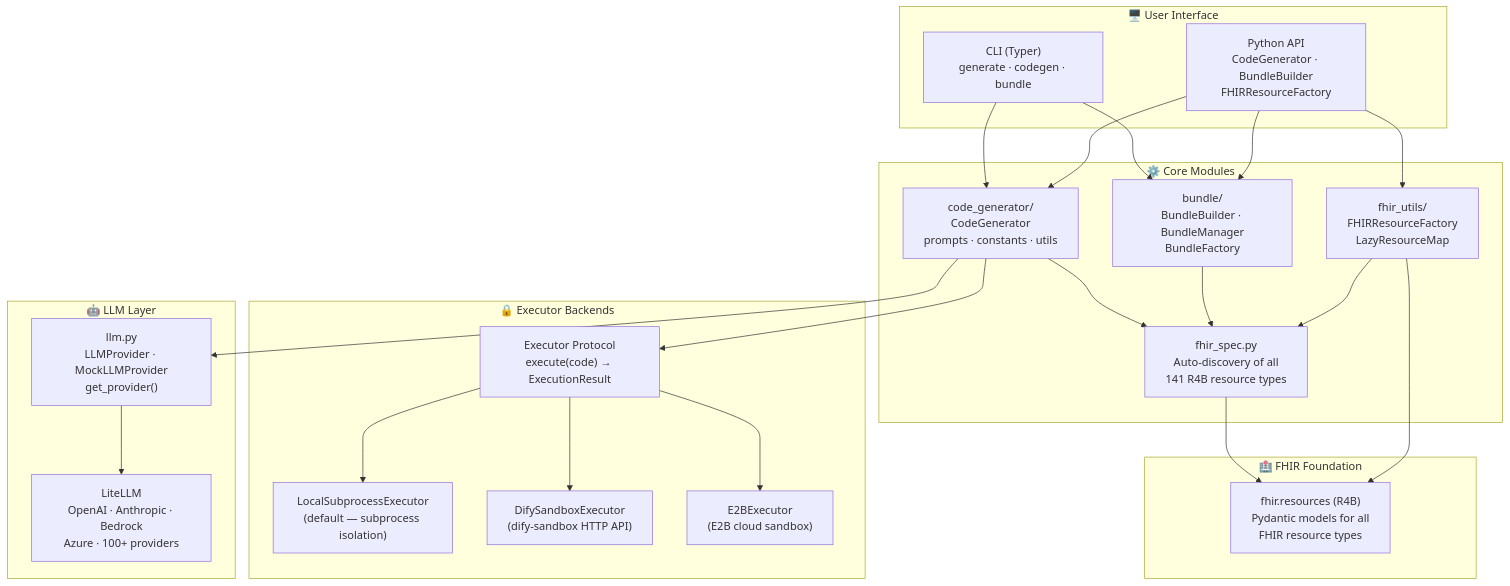
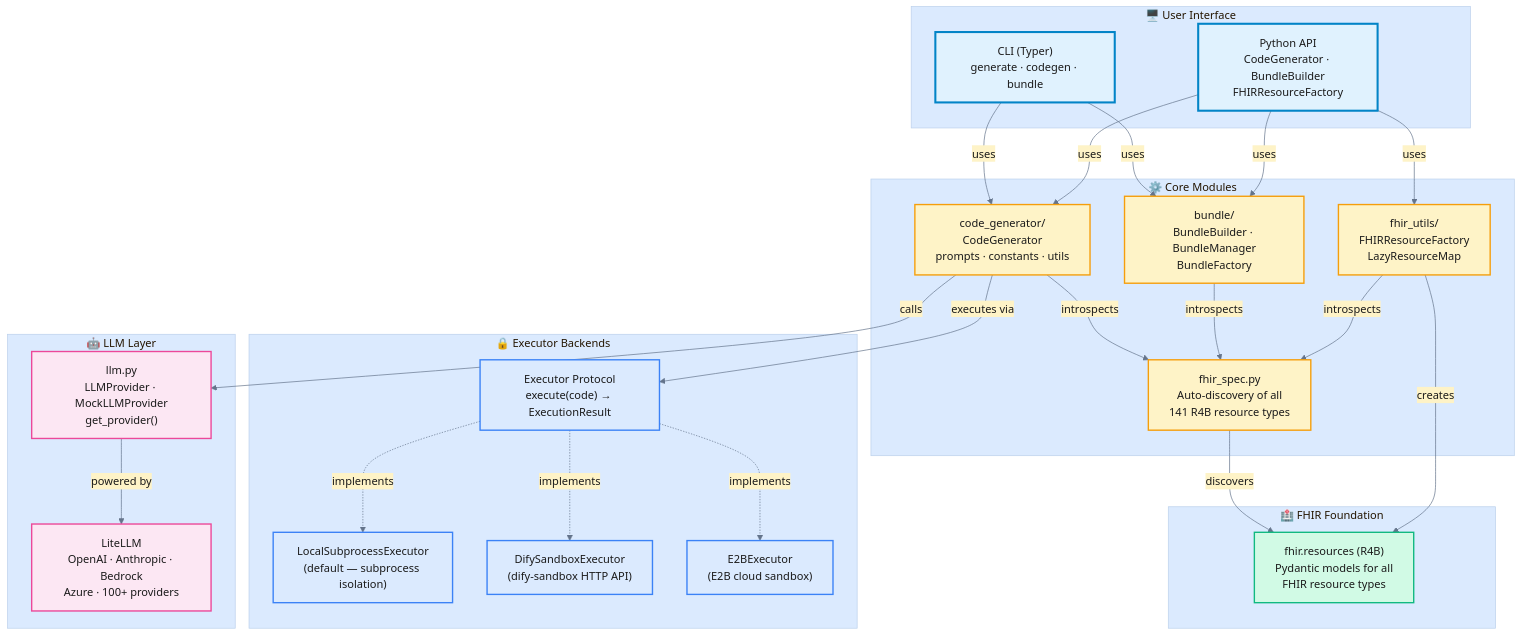
The first of 3 diagrams in docs/architecture.md (alvinhenrick/fhir-synth), drawn with Mermaid before and after one commit.

Commit message:
feat: enhance architecture diagram with improved formatting and connections

````diff
--- a/docs/architecture.md
+++ b/docs/architecture.md
@@ -5,49 +5,62 @@
 ```mermaid
+%%{init: {'theme':'base', 'themeVariables': { 'primaryColor':'#E8F4F8','primaryTextColor':'#1a1a1a','primaryBorderColor':'#0284c7','lineColor':'#64748b','secondaryColor':'#FEF3C7','tertiaryColor':'#DBEAFE','noteBkgColor':'#FEF9C3','noteTextColor':'#1a1a1a'}}}%%
 graph TB
     subgraph UI["🖥️ User Interface"]
-        CLI["CLI (Typer)\ngenerate · codegen · bundle"]
-        API["Python API\nCodeGenerator · BundleBuilder\nFHIRResourceFactory"]
+        CLI["CLI (Typer)<br/>generate · codegen · bundle"]
+        API["Python API<br/>CodeGenerator · BundleBuilder<br/>FHIRResourceFactory"]
     end
 
     subgraph CORE["⚙️ Core Modules"]
-        CG["code_generator/\nCodeGenerator\nprompts · constants · utils"]
-        BB["bundle/\nBundleBuilder · BundleManager\nBundleFactory"]
-        FU["fhir_utils/\nFHIRResourceFactory\nLazyResourceMap"]
-        FS["fhir_spec.py\nAuto-discovery of all\n141 R4B resource types"]
+        CG["code_generator/<br/>CodeGenerator<br/>prompts · constants · utils"]
+        BB["bundle/<br/>BundleBuilder · BundleManager<br/>BundleFactory"]
+        FU["fhir_utils/<br/>FHIRResourceFactory<br/>LazyResourceMap"]
+        FS["fhir_spec.py<br/>Auto-discovery of all<br/>141 R4B resource types"]
     end
 
     subgraph EXEC["🔒 Executor Backends"]
-        EX_IF["Executor Protocol\nexecute(code) → ExecutionResult"]
-        LOCAL["LocalSubprocessExecutor\n(default — subprocess isolation)"]
-        DIFY["DifySandboxExecutor\n(dify-sandbox HTTP API)"]
-        E2B["E2BExecutor\n(E2B cloud sandbox)"]
+        EX_IF["Executor Protocol<br/>execute(code) → ExecutionResult"]
+        LOCAL["LocalSubprocessExecutor<br/>(default — subprocess isolation)"]
+        DIFY["DifySandboxExecutor<br/>(dify-sandbox HTTP API)"]
+        E2B["E2BExecutor<br/>(E2B cloud sandbox)"]
     end
 
     subgraph LLM_LAYER["🤖 LLM Layer"]
-        LLM["llm.py\nLLMProvider · MockLLMProvider\nget_provider()"]
-        LITELLM["LiteLLM\nOpenAI · Anthropic · Bedrock\nAzure · 100+ providers"]
+        LLM["llm.py<br/>LLMProvider · MockLLMProvider<br/>get_provider()"]
+        LITELLM["LiteLLM<br/>OpenAI · Anthropic · Bedrock<br/>Azure · 100+ providers"]
     end
 
     subgraph FHIR["🏥 FHIR Foundation"]
-        FR["fhir.resources (R4B)\nPydantic models for all\nFHIR resource types"]
+        FR["fhir.resources (R4B)<br/>Pydantic models for all<br/>FHIR resource types"]
     end
 
-    CLI --> CG
-    CLI --> BB
-    API --> CG
-    API --> BB
-    API --> FU
+    CLI -->|uses| CG
+    CLI -->|uses| BB
+    API -->|uses| CG
+    API -->|uses| BB
+    API -->|uses| FU
 
-    CG --> EX_IF
-    EX_IF --> LOCAL
-    EX_IF --> DIFY
-    EX_IF --> E2B
+    CG -->|executes via| EX_IF
+    EX_IF -.->|implements| LOCAL
+    EX_IF -.->|implements| DIFY
+    EX_IF -.->|implements| E2B
 
-    CG --> LLM
-    CG --> FS
-    BB --> FS
-    FU --> FS
-    LLM --> LITELLM
-    FS --> FR
-    FU --> FR
+    CG -->|calls| LLM
+    CG -->|introspects| FS
+    BB -->|introspects| FS
+    FU -->|introspects| FS
+    LLM -->|powered by| LITELLM
+    FS -->|discovers| FR
+    FU -->|creates| FR
+
+    classDef uiStyle fill:#E0F2FE,stroke:#0284c7,stroke-width:3px,color:#1a1a1a
+    classDef coreStyle fill:#FEF3C7,stroke:#f59e0b,stroke-width:2px,color:#1a1a1a
+    classDef execStyle fill:#DBEAFE,stroke:#3b82f6,stroke-width:2px,color:#1a1a1a
+    classDef llmStyle fill:#FCE7F3,stroke:#ec4899,stroke-width:2px,color:#1a1a1a
+    classDef fhirStyle fill:#D1FAE5,stroke:#10b981,stroke-width:2px,color:#1a1a1a
+
+    class CLI,API uiStyle
+    class CG,BB,FU,FS coreStyle
+    class EX_IF,LOCAL,DIFY,E2B execStyle
+    class LLM,LITELLM llmStyle
+    class FR fhirStyle
 ```
````
